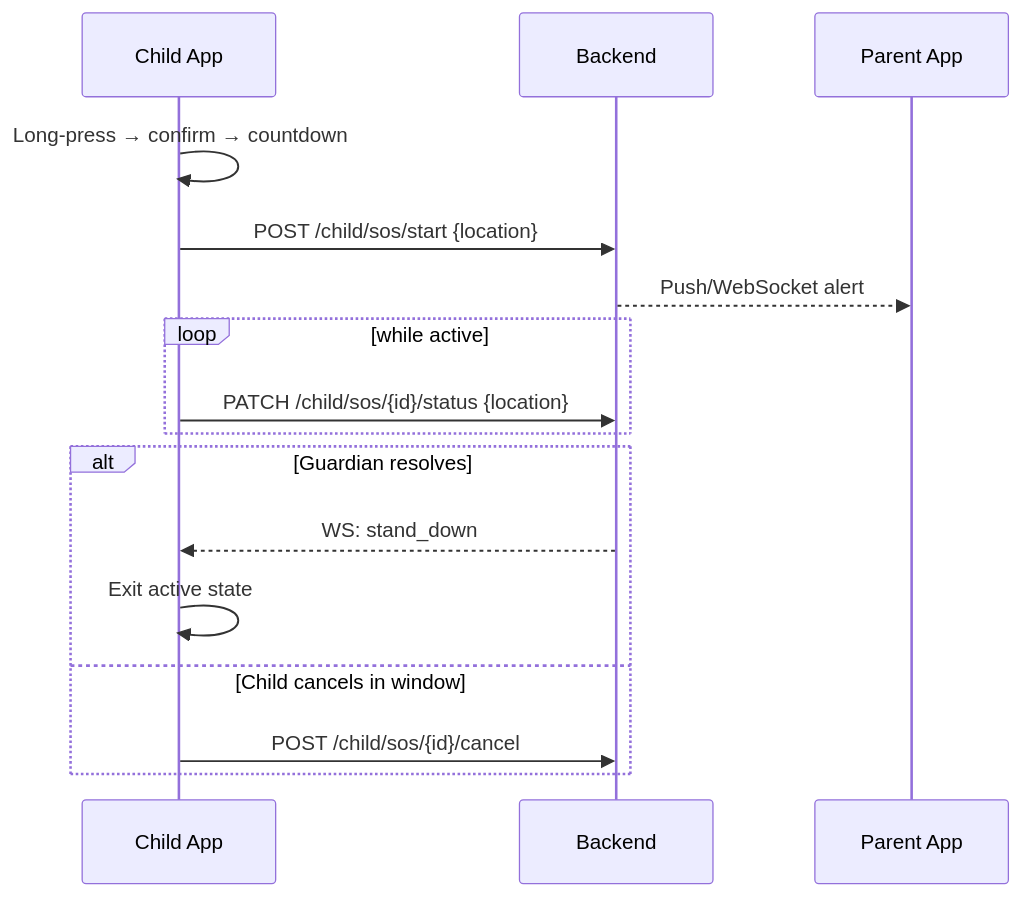
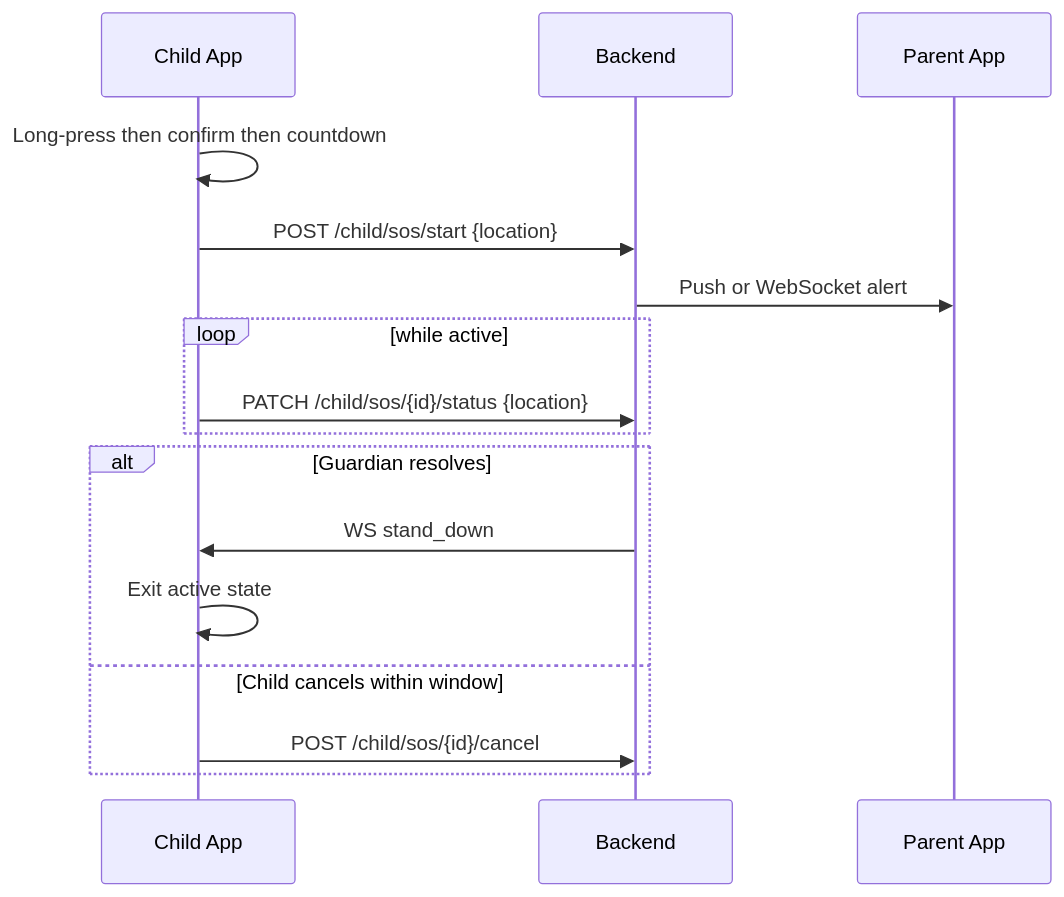
One commit to maiElkheshen066/safeGuard changed the diagram in Doc/Child app/features/04_sos_emergency.md. Above: the diagram before and after it, drawn with Mermaid. The commit also changed other lines of this file and 9 other files, not shown here.

````diff
--- a/Doc/Child app/features/04_sos_emergency.md
+++ b/Doc/Child app/features/04_sos_emergency.md
@@ -25,18 +25,18 @@
 ```mermaid
 sequenceDiagram
   participant C as Child App
   participant B as Backend
   participant P as Parent App
-  C->>C: Long-press → confirm → countdown
+  C->>C: Long-press then confirm then countdown
   C->>B: POST /child/sos/start {location}
-  B-->>P: Push/WebSocket alert
+  B->>P: Push or WebSocket alert
   loop while active
     C->>B: PATCH /child/sos/{id}/status {location}
   end
   alt Guardian resolves
-    B-->>C: WS: stand_down
+    B->>C: WS stand_down
     C->>C: Exit active state
-  else Child cancels in window
+  else Child cancels within window
     C->>B: POST /child/sos/{id}/cancel
   end
 ```
````
